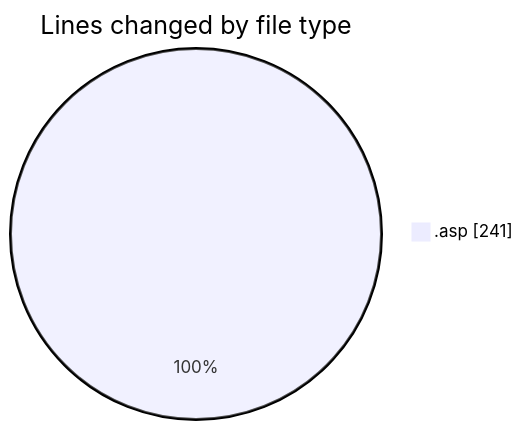
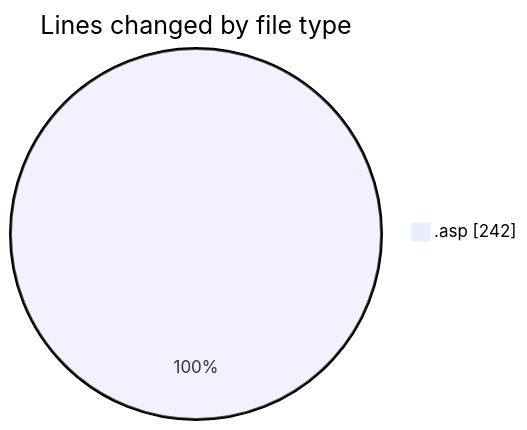
One commit to julien-gomy/code-tracking changed the first of 2 diagrams in 2025-11-15/cdp_aleoudev_fr__workspace_/README.md. Above: the diagram before and after it, drawn with Mermaid. The commit also changed other lines of this file and 1 other file, not shown here.

````diff
--- a/2025-11-15/cdp_aleoudev_fr__workspace_/README.md
+++ b/2025-11-15/cdp_aleoudev_fr__workspace_/README.md
@@ -22,5 +22,5 @@
 ```mermaid
 pie showData
 title Lines changed by file type
-".asp" : 241
+".asp" : 242
 ```
````
